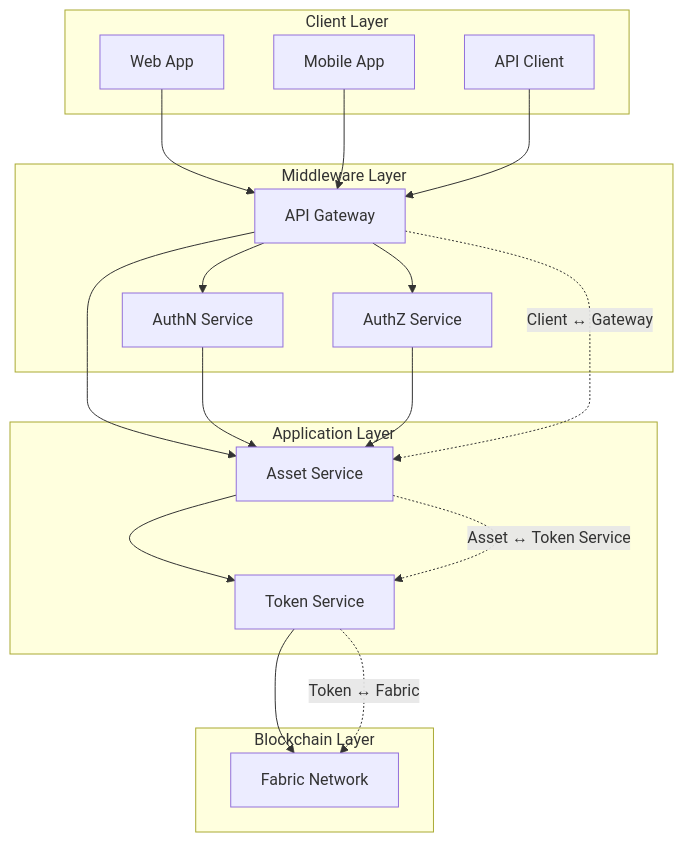
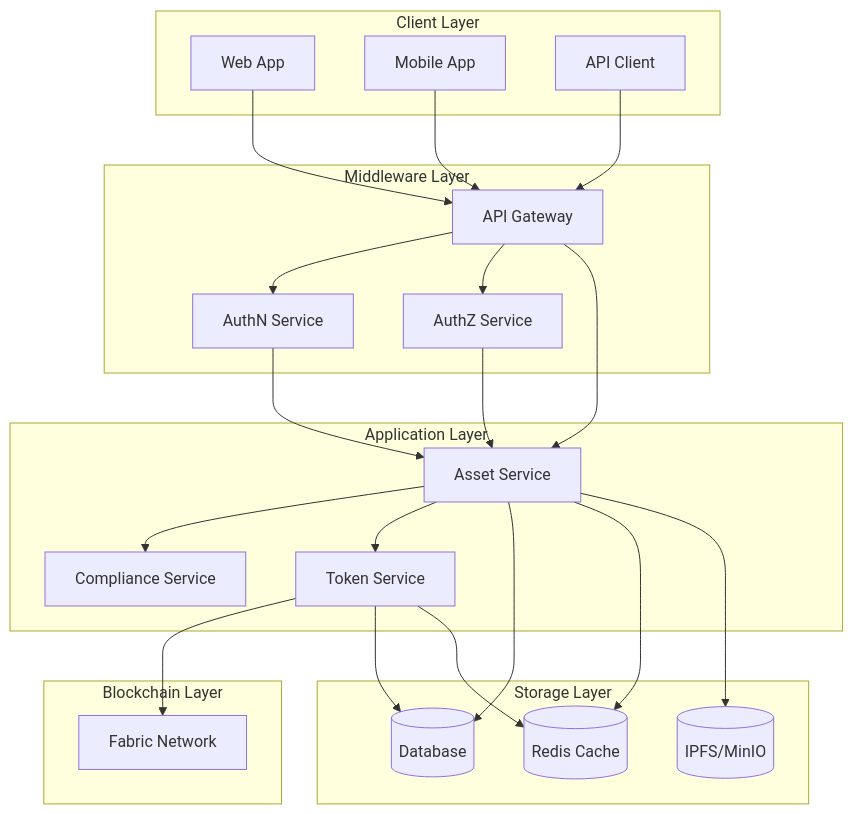
One commit to metafi-blockchain/metafi-digital-assets-service changed the diagram in docs/technical-design.vi.md. Above: the diagram before and after it, drawn with Mermaid. The commit also changed other lines of this file and 1 other file, not shown here.

````diff
--- a/docs/technical-design.vi.md
+++ b/docs/technical-design.vi.md
@@ -7,42 +7,52 @@
 ```mermaid
 graph TD
     subgraph "Client Layer"
         Web[Web App]
         Mobile[Mobile App]
         API[API Client]
     end
 
     subgraph "Middleware Layer"
         Gateway[API Gateway]
         AuthN[AuthN Service]
         AuthZ[AuthZ Service]
     end
 
     subgraph "Application Layer"
         Asset[Asset Service]
         Token[Token Service]
+        Compliance[Compliance Service]
     end
 
     subgraph "Blockchain Layer"
         Fabric[Fabric Network]
+    end
+
+    subgraph "Storage Layer"
+        DB[(Database)]
+        Cache[(Redis Cache)]
+        Storage[(IPFS/MinIO)]
     end
 
     Web --> Gateway
     Mobile --> Gateway
     API --> Gateway
 
     Gateway --> AuthN
     Gateway --> AuthZ
     Gateway --> Asset
 
     AuthN --> Asset
     AuthZ --> Asset
 
+    Asset --> Compliance
     Asset --> Token
     Token --> Fabric
 
-    %% Interface Labels
-    Gateway -.->|"Client ↔ Gateway"| Asset
-    Asset -.->|"Asset ↔ Token Service"| Token
-    Token -.->|"Token ↔ Fabric"| Fabric
+    Asset --> DB
+    Asset --> Cache
+    Asset --> Storage
+
+    Token --> DB
+    Token --> Cache
 ```
````
